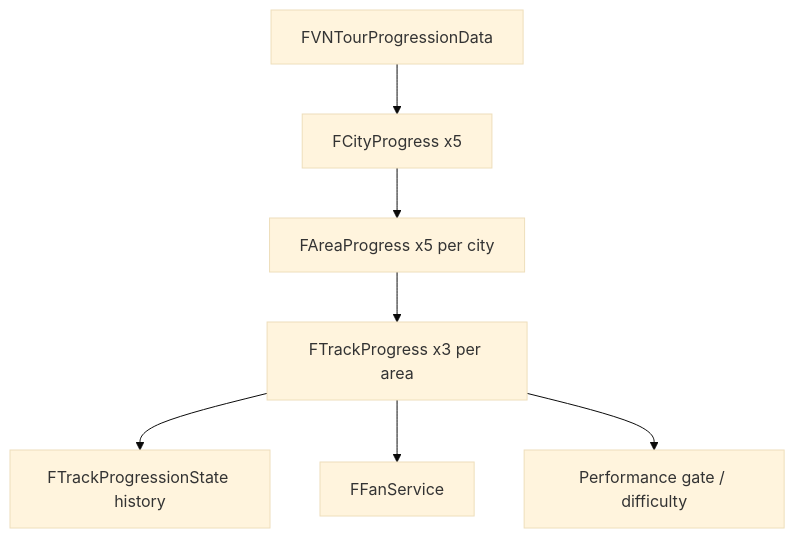
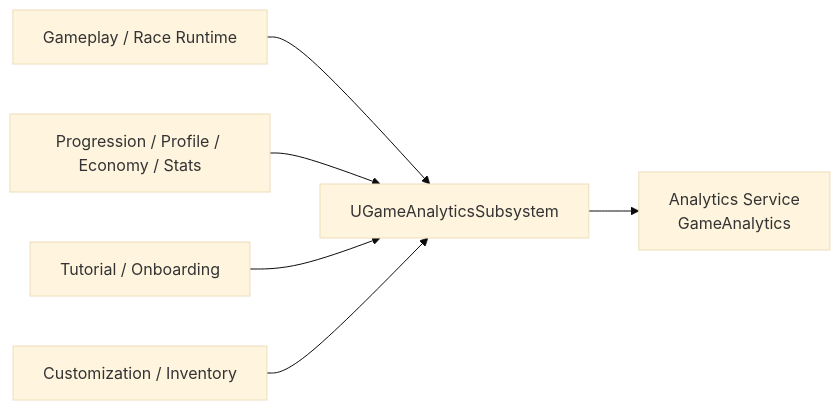
One commit to Click-Game-Studio/VNRacing changed diagram 11 of 14 in Docs/VNRacing_HLD.md. Above: the diagram before and after it, drawn with Mermaid (base theme). The commit also changed other lines of this file, not shown here.

````diff
--- a/Docs/VNRacing_HLD.md
+++ b/Docs/VNRacing_HLD.md
@@ -386,9 +470,8 @@
 ```mermaid
-graph TD
-    Tour["FVNTourProgressionData"] --> City["FCityProgress x5"]
-    City --> Area["FAreaProgress x5 per city"]
-    Area --> Track["FTrackProgress x3 per area"]
-    Track --> RaceHistory["FTrackProgressionState history"]
-    Track --> FanService["FFanService"]
-    Track --> Gate["Performance gate / difficulty"]
+graph LR
+    GAMEPLAY["Gameplay / Race Runtime"] --> GA["UGameAnalyticsSubsystem"]
+    PG["Progression / Profile / Economy / Stats"] --> GA
+    TUT["Tutorial / Onboarding"] --> GA
+    CUST["Customization / Inventory"] --> GA
+    GA --> SERVICE["Analytics Service\nGameAnalytics"]
 ```
````
